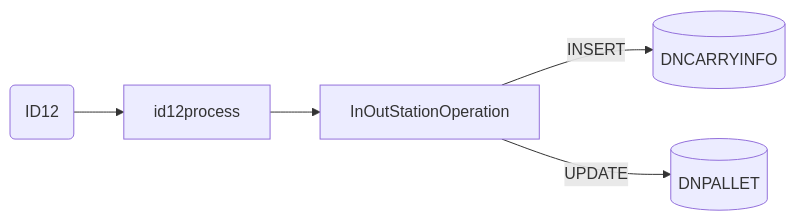
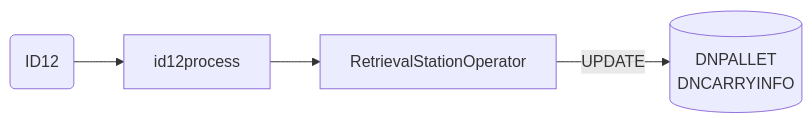
Before and after one commit to luthfiadityaa/SimeDarby-Wiki: the seventh of 22 diagrams in Basic-Design/DFD-WMS/Inventory-Check/Inventory-Check-from-Ambient-Area.md, drawn with Mermaid. The commit also changed other lines of this file, not shown here.

Commit message:
Updated Inventory Check from Ambient Area

```diff
--- a/Basic-Design/DFD-WMS/Inventory-Check/Inventory-Check-from-Ambient-Area.md
+++ b/Basic-Design/DFD-WMS/Inventory-Check/Inventory-Check-from-Ambient-Area.md
@@ -303,21 +312,17 @@
 ::: mermaid
 flowchart LR
 
-id26msg("
+id12msg("
 ID12
 ")
 
-id26-insert[("
+id12-update[("
+DNPALLET
 DNCARRYINFO
 ")]
 
-id26-update[("
-DNPALLET
-")]
+retrievalstationoperator[RetrievalStationOperator]
 
-InOutStationOperation[InOutStationOperation]
-
-id26msg-->id12process
-id12process-->InOutStationOperation--> |INSERT| id26-insert
-InOutStationOperation--> |UPDATE| id26-update
+id12msg-->id12process
+id12process-->retrievalstationoperator--> |UPDATE| id12-update
 :::
```
